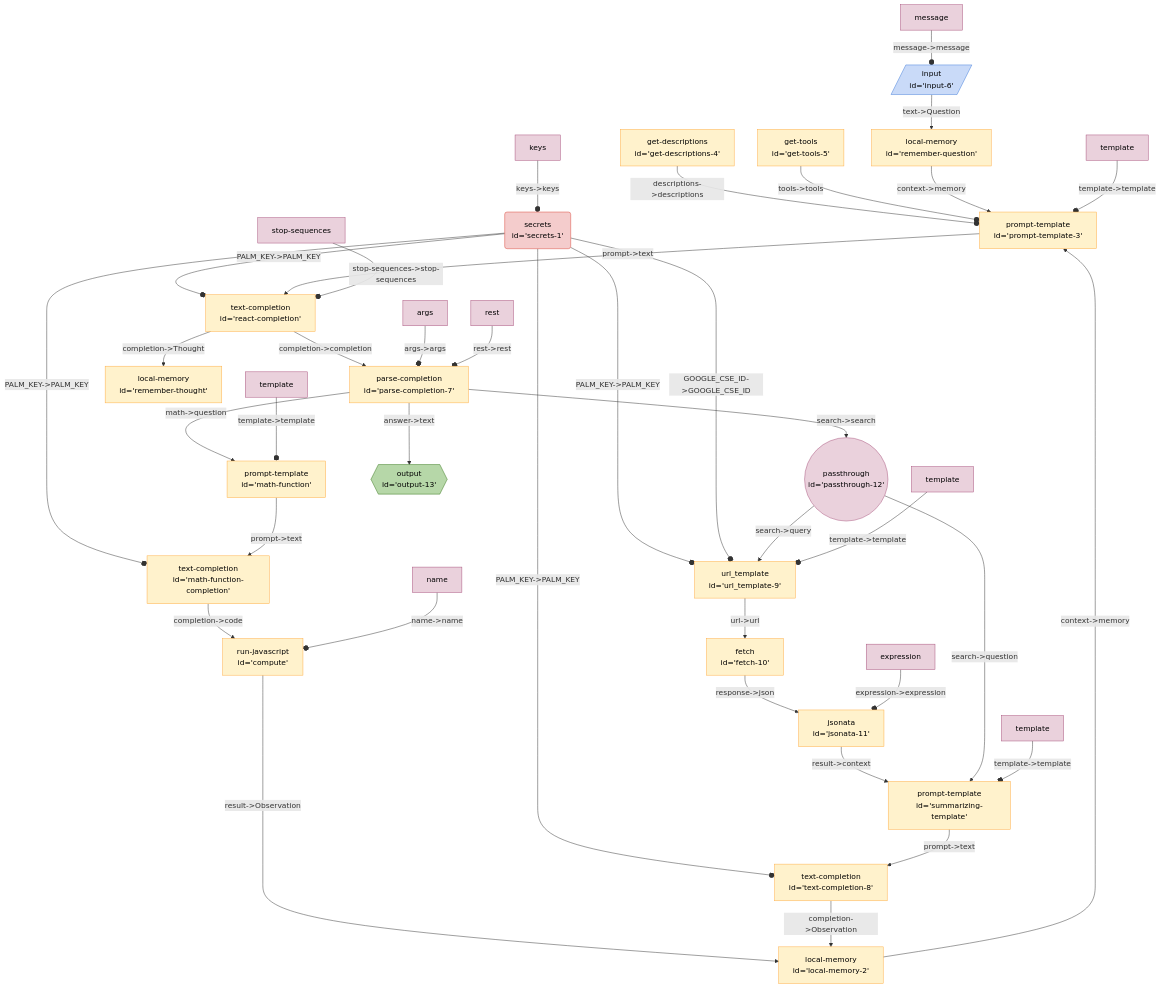
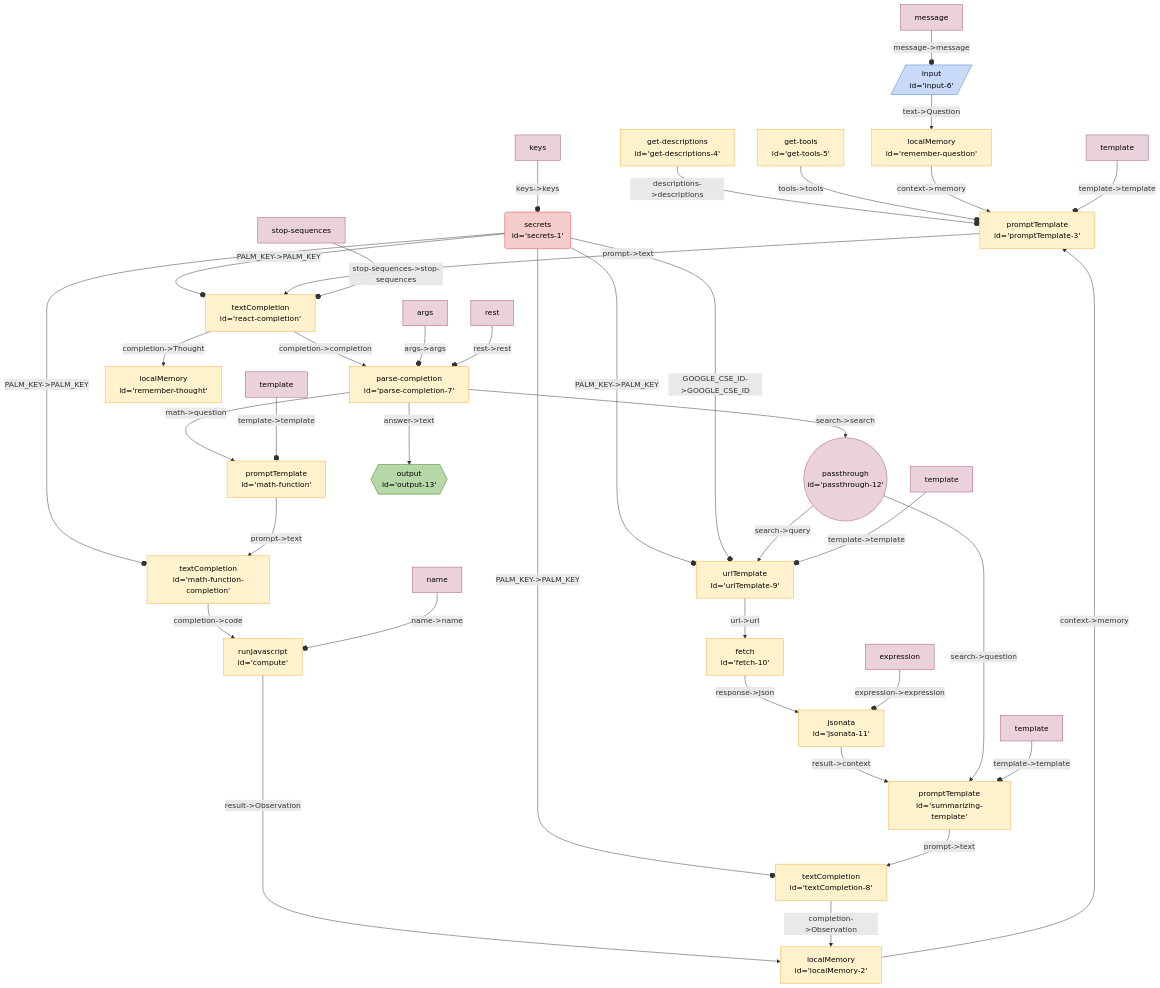
The diagram in seeds/graph-playground/docs/graphs/react.md (breadboard-ai/breadboard), drawn with Mermaid before and after one commit. The commit also changed 41 other files, not shown here.

```diff
--- a/seeds/graph-playground/docs/graphs/react.md
+++ b/seeds/graph-playground/docs/graphs/react.md
@@ -6,85 +6,85 @@
   %%{init: 'themeVariables': { 'fontFamily': 'Fira Code, monospace' }}%%
 graph TD;
 getdescriptions4["get-descriptions
-id='get-descriptions-4'"] -- "descriptions->descriptions" --o prompttemplate3["prompt-template
-id='prompt-template-3'"]
+id='get-descriptions-4'"] -- "descriptions->descriptions" --o promptTemplate3["promptTemplate
+id='promptTemplate-3'"]
 gettools5["get-tools
-id='get-tools-5'"] -- "tools->tools" --o prompttemplate3["prompt-template
-id='prompt-template-3'"]
-localmemory2["local-memory
-id='local-memory-2'"] -- "context->memory" --> prompttemplate3["prompt-template
-id='prompt-template-3'"]
+id='get-tools-5'"] -- "tools->tools" --o promptTemplate3["promptTemplate
+id='promptTemplate-3'"]
+localMemory2["localMemory
+id='localMemory-2'"] -- "context->memory" --> promptTemplate3["promptTemplate
+id='promptTemplate-3'"]
 secrets1("secrets
-id='secrets-1'"):::secrets -- "PALM_KEY->PALM_KEY" --o reactcompletion["text-completion
+id='secrets-1'"):::secrets -- "PALM_KEY->PALM_KEY" --o reactcompletion["textCompletion
 id='react-completion'"]
-compute["run-javascript
-id='compute'"] -- "result->Observation" --> localmemory2["local-memory
-id='local-memory-2'"]
-mathfunctioncompletion["text-completion
-id='math-function-completion'"] -- "completion->code" --> compute["run-javascript
+compute["runJavascript
+id='compute'"] -- "result->Observation" --> localMemory2["localMemory
+id='localMemory-2'"]
+mathfunctioncompletion["textCompletion
+id='math-function-completion'"] -- "completion->code" --> compute["runJavascript
 id='compute'"]
 secrets1("secrets
-id='secrets-1'"):::secrets -- "PALM_KEY->PALM_KEY" --o mathfunctioncompletion["text-completion
+id='secrets-1'"):::secrets -- "PALM_KEY->PALM_KEY" --o mathfunctioncompletion["textCompletion
 id='math-function-completion'"]
-mathfunction["prompt-template
-id='math-function'"] -- "prompt->text" --> mathfunctioncompletion["text-completion
+mathfunction["promptTemplate
+id='math-function'"] -- "prompt->text" --> mathfunctioncompletion["textCompletion
 id='math-function-completion'"]
-textcompletion8["text-completion
-id='text-completion-8'"] -- "completion->Observation" --> localmemory2["local-memory
-id='local-memory-2'"]
+textCompletion8["textCompletion
+id='textCompletion-8'"] -- "completion->Observation" --> localMemory2["localMemory
+id='localMemory-2'"]
 secrets1("secrets
-id='secrets-1'"):::secrets -- "PALM_KEY->PALM_KEY" --o textcompletion8["text-completion
-id='text-completion-8'"]
-summarizingtemplate["prompt-template
-id='summarizing-template'"] -- "prompt->text" --> textcompletion8["text-completion
-id='text-completion-8'"]
+id='secrets-1'"):::secrets -- "PALM_KEY->PALM_KEY" --o textCompletion8["textCompletion
+id='textCompletion-8'"]
+summarizingtemplate["promptTemplate
+id='summarizing-template'"] -- "prompt->text" --> textCompletion8["textCompletion
+id='textCompletion-8'"]
 secrets1("secrets
-id='secrets-1'"):::secrets -- "PALM_KEY->PALM_KEY" --o url_template9["url_template
-id='url_template-9'"]
+id='secrets-1'"):::secrets -- "PALM_KEY->PALM_KEY" --o urlTemplate9["urlTemplate
+id='urlTemplate-9'"]
 secrets1("secrets
-id='secrets-1'"):::secrets -- "GOOGLE_CSE_ID->GOOGLE_CSE_ID" --o url_template9["url_template
-id='url_template-9'"]
+id='secrets-1'"):::secrets -- "GOOGLE_CSE_ID->GOOGLE_CSE_ID" --o urlTemplate9["urlTemplate
+id='urlTemplate-9'"]
 jsonata11["jsonata
-id='jsonata-11'"] -- "result->context" --> summarizingtemplate["prompt-template
+id='jsonata-11'"] -- "result->context" --> summarizingtemplate["promptTemplate
 id='summarizing-template'"]
 fetch10["fetch
 id='fetch-10'"] -- "response->json" --> jsonata11["jsonata
 id='jsonata-11'"]
-url_template9["url_template
-id='url_template-9'"] -- "url->url" --> fetch10["fetch
+urlTemplate9["urlTemplate
+id='urlTemplate-9'"] -- "url->url" --> fetch10["fetch
 id='fetch-10'"]
 passthrough12(("passthrough
-id='passthrough-12'")):::passthrough -- "search->question" --> summarizingtemplate["prompt-template
+id='passthrough-12'")):::passthrough -- "search->question" --> summarizingtemplate["promptTemplate
 id='summarizing-template'"]
 passthrough12(("passthrough
-id='passthrough-12'")):::passthrough -- "search->query" --> url_template9["url_template
-id='url_template-9'"]
+id='passthrough-12'")):::passthrough -- "search->query" --> urlTemplate9["urlTemplate
+id='urlTemplate-9'"]
 parsecompletion7["parse-completion
 id='parse-completion-7'"] -- "search->search" --> passthrough12(("passthrough
 id='passthrough-12'")):::passthrough
 parsecompletion7["parse-completion
-id='parse-completion-7'"] -- "math->question" --> mathfunction["prompt-template
+id='parse-completion-7'"] -- "math->question" --> mathfunction["promptTemplate
 id='math-function'"]
 parsecompletion7["parse-completion
 id='parse-completion-7'"] -- "answer->text" --> output13{{"output
 id='output-13'"}}:::output
-reactcompletion["text-completion
+reactcompletion["textCompletion
 id='react-completion'"] -- "completion->completion" --> parsecompletion7["parse-completion
 id='parse-completion-7'"]
-reactcompletion["text-completion
-id='react-completion'"] -- "completion->Thought" --> rememberthought["local-memory
+reactcompletion["textCompletion
+id='react-completion'"] -- "completion->Thought" --> rememberthought["localMemory
 id='remember-thought'"]
-prompttemplate3["prompt-template
-id='prompt-template-3'"] -- "prompt->text" --> reactcompletion["text-completion
+promptTemplate3["promptTemplate
+id='promptTemplate-3'"] -- "prompt->text" --> reactcompletion["textCompletion
 id='react-completion'"]
-rememberquestion["local-memory
-id='remember-question'"] -- "context->memory" --> prompttemplate3["prompt-template
-id='prompt-template-3'"]
+rememberquestion["localMemory
+id='remember-question'"] -- "context->memory" --> promptTemplate3["promptTemplate
+id='promptTemplate-3'"]
 input6[/"input
-id='input-6'"/]:::input -- "text->Question" --> rememberquestion["local-memory
+id='input-6'"/]:::input -- "text->Question" --> rememberquestion["localMemory
 id='remember-question'"]
 keyssecrets1[keys]:::config -- "keys->keys" --o secrets1
-templateprompttemplate3[template]:::config -- "template->template" --o prompttemplate3
+templatepromptTemplate3[template]:::config -- "template->template" --o promptTemplate3
 stopsequencesreactcompletion[stop-sequences]:::config -- "stop-sequences->stop-sequences" --o reactcompletion
 templatemathfunction[template]:::config -- "template->template" --o mathfunction
 namecompute[name]:::config -- "name->name" --o compute
@@ -92,7 +92,7 @@
 argsparsecompletion7[args]:::config -- "args->args" --o parsecompletion7
 restparsecompletion7[rest]:::config -- "rest->rest" --o parsecompletion7
 templatesummarizingtemplate[template]:::config -- "template->template" --o summarizingtemplate
-templateurl_template9[template]:::config -- "template->template" --o url_template9
+templateurlTemplate9[template]:::config -- "template->template" --o urlTemplate9
 expressionjsonata11[expression]:::config -- "expression->expression" --o jsonata11
 classDef default stroke:#ffab40,fill:#fff2ccff,color:#000
 classDef input stroke:#3c78d8,fill:#c9daf8ff,color:#000
```
